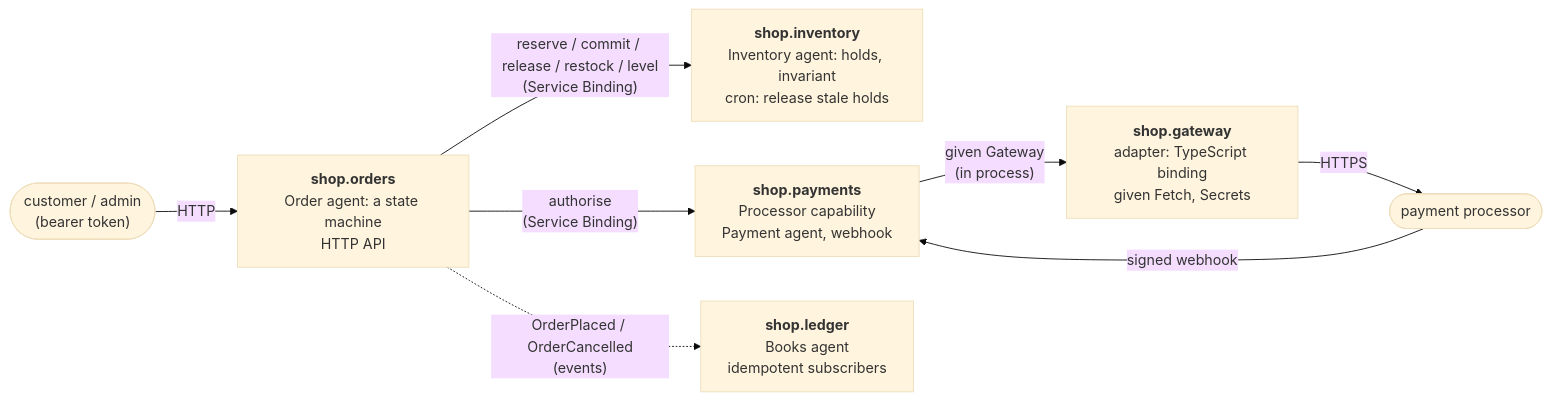
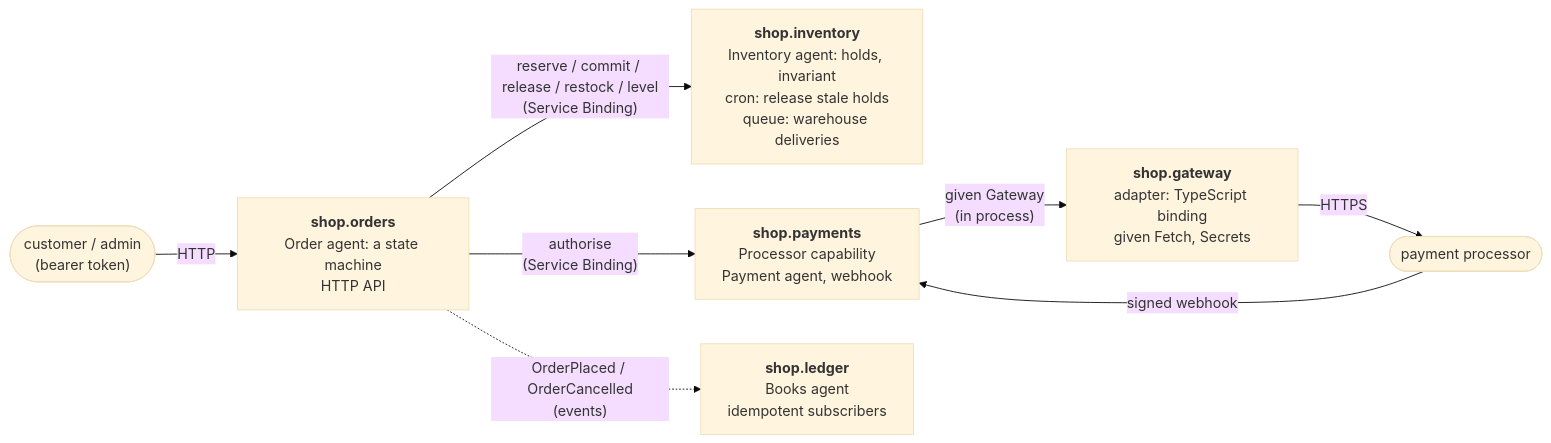
One commit to bynk-lang/shop changed the diagram in README.md. Above: the diagram before and after it, drawn with Mermaid (base theme). The commit also changed other lines of this file and 2 other files, not shown here.

First line of the commit message:
Take the warehouse's deliveries from a queue

````diff
--- a/README.md
+++ b/README.md
@@ -12,10 +12,10 @@
 ```mermaid
 flowchart LR
   customer(["customer / admin<br/>(bearer token)"]) -- HTTP --> orders
-  orders["<b>shop.orders</b><br/>Order agent: a state machine<br/>HTTP API"] -- "reserve / commit / release / restock / level<br/>(Service Binding)" --> inventory["<b>shop.inventory</b><br/>Inventory agent: holds, invariant<br/>cron: release stale holds"]
+  orders["<b>shop.orders</b><br/>Order agent: a state machine<br/>HTTP API"] -- "reserve / commit / release / restock / level<br/>(Service Binding)" --> inventory["<b>shop.inventory</b><br/>Inventory agent: holds, invariant<br/>cron: release stale holds<br/>queue: warehouse deliveries"]
   orders -- "authorise<br/>(Service Binding)" --> payments["<b>shop.payments</b><br/>Processor capability<br/>Payment agent, webhook"]
   payments -- "given Gateway<br/>(in process)" --> gateway["<b>shop.gateway</b><br/>adapter: TypeScript binding<br/>given Fetch, Secrets"]
   gateway -- "HTTPS" --> processor(["payment processor"])
   processor -- "signed webhook" --> payments
   orders -. "OrderPlaced / OrderCancelled<br/>(events)" .-> ledger["<b>shop.ledger</b><br/>Books agent<br/>idempotent subscribers"]
 ```
````
